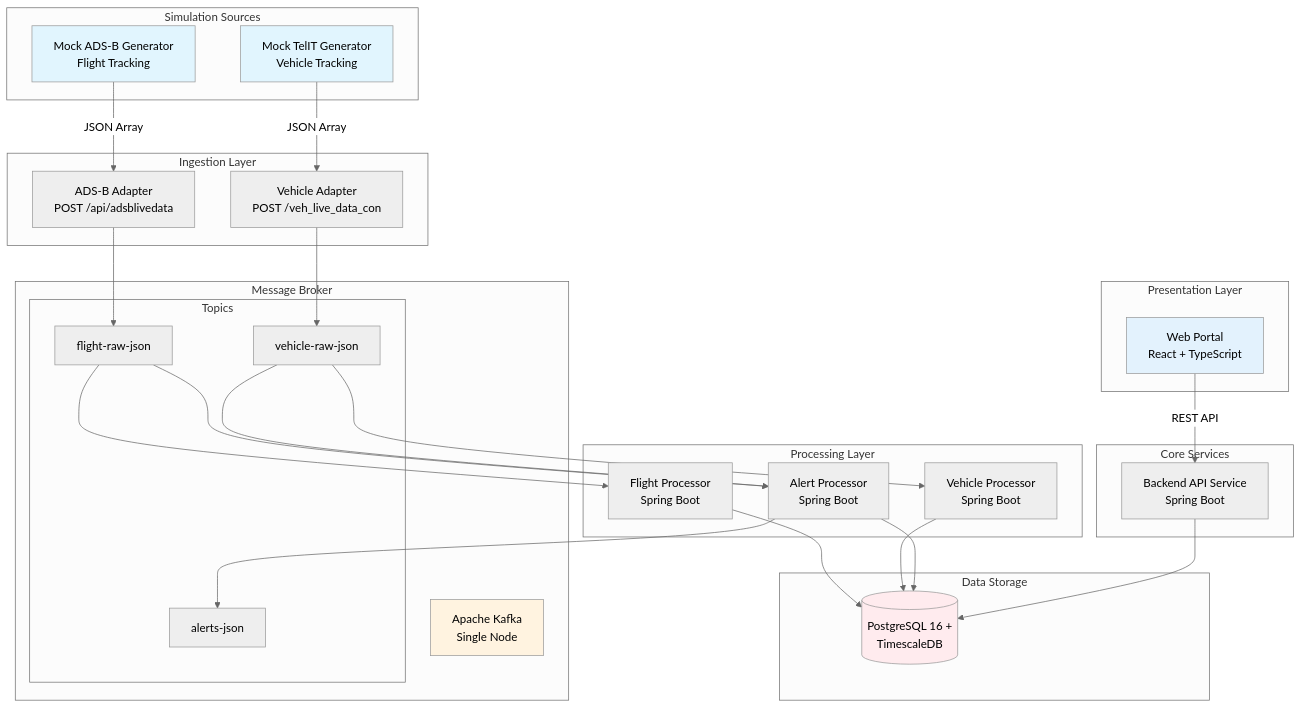
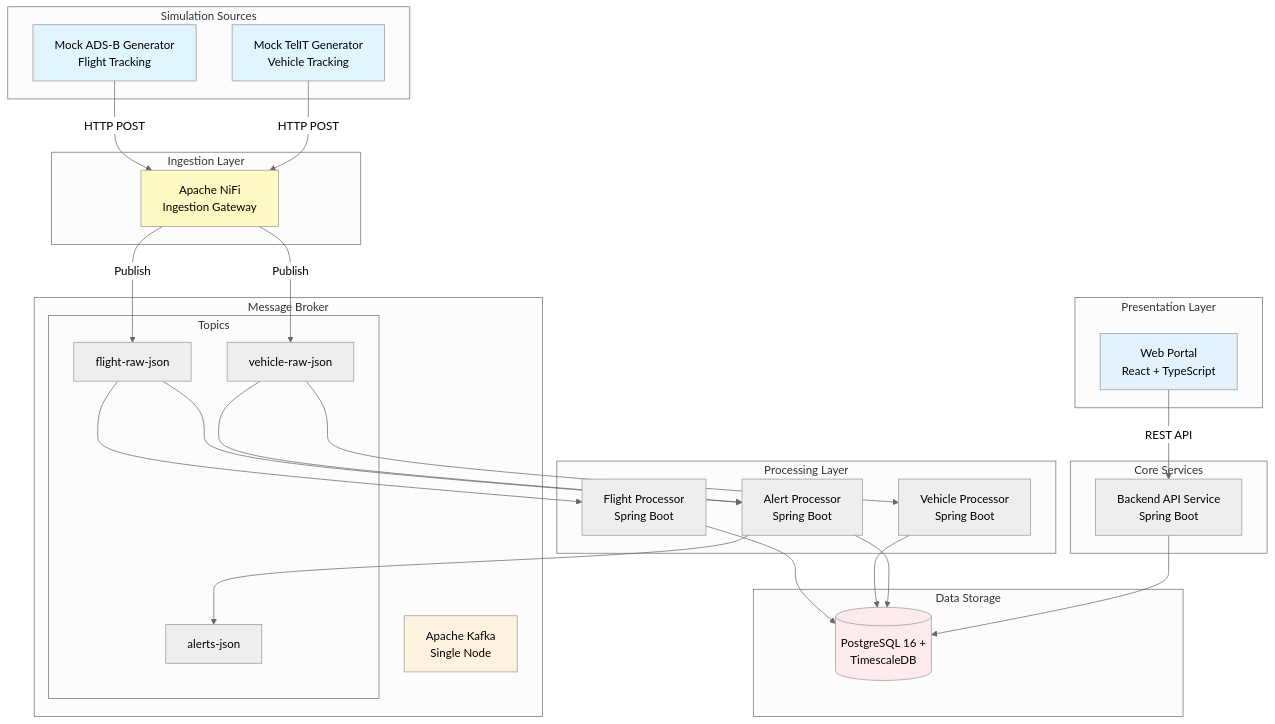
The diagram in .specify/memory/constitution.md (smukherjee/TAM), drawn with Mermaid (neutral theme) before and after one commit. The commit also changed other lines of this file and 30 other files, not shown here.

````diff
--- a/.specify/memory/constitution.md
+++ b/.specify/memory/constitution.md
@@ -43,81 +47,81 @@
 ```mermaid
 graph TB
     %% ========== SIMULATION SOURCES (MVP) ==========
     subgraph "Simulation Sources"
         ADSB[Mock ADS-B Generator<br/>Flight Tracking]
         TELIT[Mock TelIT Generator<br/>Vehicle Tracking]
     end
     
     %% ========== INGESTION LAYER ==========
     subgraph "Ingestion Layer"
-        ADSB_ADAPTER[ADS-B Adapter<br/>POST /api/adsblivedata]
-        VEHICLE_ADAPTER[Vehicle Adapter<br/>POST /veh_live_data_con]
+        NIFI[Apache NiFi<br/>Ingestion Gateway]
     end
     
     %% ========== MESSAGE BROKER ==========
     subgraph "Message Broker"
         KAFKA[Apache Kafka<br/>Single Node]
         
         subgraph "Topics"
             TOPIC_FLIGHT[flight-raw-json]
             TOPIC_VEHICLE[vehicle-raw-json]
             TOPIC_ALERTS[alerts-json]
         end
     end
     
     %% ========== PROCESSING LAYER ==========
     subgraph "Processing Layer"
         STREAM_FLIGHT[Flight Processor<br/>Spring Boot]
         STREAM_VEHICLE[Vehicle Processor<br/>Spring Boot]
         STREAM_ALERT[Alert Processor<br/>Spring Boot]
     end
     
     %% ========== CORE SERVICES ==========
     subgraph "Core Services"
         API_SVC[Backend API Service<br/>Spring Boot]
     end
     
     %% ========== DATA STORAGE ==========
     subgraph "Data Storage"
         TSDB[(PostgreSQL 16 +<br/>TimescaleDB)]
     end
     
     %% ========== PRESENTATION LAYER ==========
     subgraph "Presentation Layer"
         WEB_PORTAL[Web Portal<br/>React + TypeScript]
     end
     
     %% ========== CONNECTIONS ==========
     %% Sources -> Ingestion
-    ADSB -->|JSON Array| ADSB_ADAPTER
-    TELIT -->|JSON Array| VEHICLE_ADAPTER
+    ADSB -->|HTTP POST| NIFI
+    TELIT -->|HTTP POST| NIFI
     
     %% Ingestion -> Kafka
-    ADSB_ADAPTER --> TOPIC_FLIGHT
-    VEHICLE_ADAPTER --> TOPIC_VEHICLE
+    NIFI -->|Publish| TOPIC_FLIGHT
+    NIFI -->|Publish| TOPIC_VEHICLE
     
     %% Kafka -> Processing
     TOPIC_FLIGHT --> STREAM_FLIGHT
     TOPIC_VEHICLE --> STREAM_VEHICLE
     TOPIC_FLIGHT --> STREAM_ALERT
     TOPIC_VEHICLE --> STREAM_ALERT
     STREAM_ALERT --> TOPIC_ALERTS
     
     %% Processing -> Storage/Services
     STREAM_FLIGHT --> TSDB
     STREAM_VEHICLE --> TSDB
     STREAM_ALERT --> TSDB
     
     %% Services -> Storage
     API_SVC --> TSDB
     
     %% Presentation
     WEB_PORTAL -->|REST API| API_SVC
     
     %% Styling
     style ADSB fill:#e1f5fe
     style TELIT fill:#e1f5fe
+    style NIFI fill:#fff9c4
     style KAFKA fill:#fff3e0
     style TSDB fill:#ffebee
     style WEB_PORTAL fill:#e3f2fd
 ```
````
